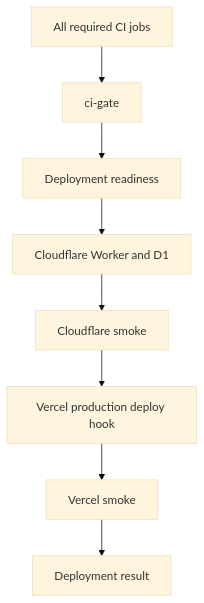
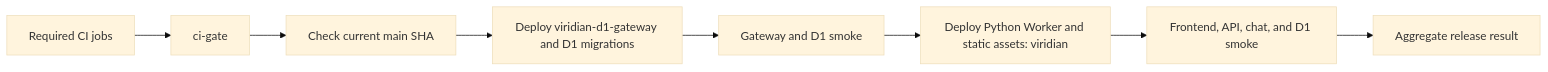
One commit to Thavarshan/enterprise-knowledge-assistant changed the diagram in docs/ci-cd.md. Above: the diagram before and after it, drawn with Mermaid (base theme). The commit also changed other lines of this file and 62 other files, not shown here.

Commit message:
Deploy Viridian on Cloudflare

````diff
--- a/docs/ci-cd.md
+++ b/docs/ci-cd.md
@@ -26,10 +8,10 @@
 ```mermaid
-flowchart TD
-  checks[All required CI jobs] --> gate[ci-gate]
-  gate --> readiness[Deployment readiness]
-  readiness --> cf[Cloudflare Worker and D1]
-  cf --> cfs[Cloudflare smoke]
-  cfs --> vs[Vercel production deploy hook]
-  vs --> vss[Vercel smoke]
-  vss --> result[Deployment result]
+flowchart LR
+  CI[Required CI jobs] --> Gate[ci-gate]
+  Gate --> Fresh[Check current main SHA]
+  Fresh --> D1[Deploy viridian-d1-gateway and D1 migrations]
+  D1 --> D1Smoke[Gateway and D1 smoke]
+  D1Smoke --> API[Deploy Python Worker and static assets: viridian]
+  API --> APISmoke[Frontend, API, chat, and D1 smoke]
+  APISmoke --> Result[Aggregate release result]
 ```
````
